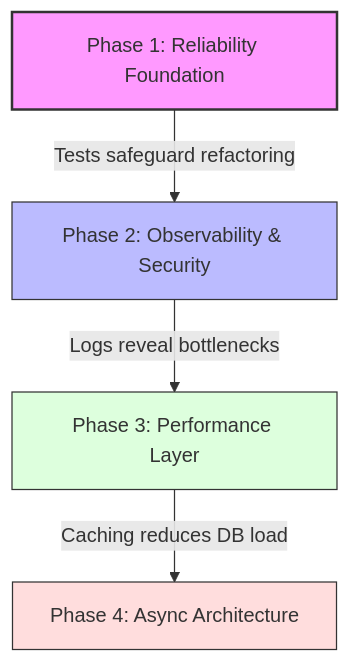
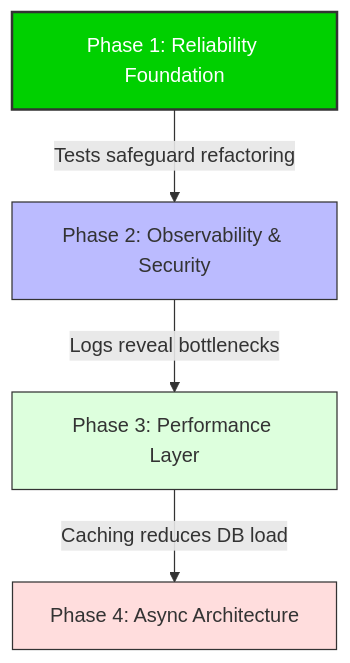
Before and after one commit to AyomideKayode/book_library-API: the diagram in docs/ENGINEERING_ROADMAP.md, drawn with Mermaid. The commit also changed other lines of this file, not shown here.

````diff
--- a/docs/ENGINEERING_ROADMAP.md
+++ b/docs/ENGINEERING_ROADMAP.md
@@ -7,12 +7,12 @@
 ```mermaid
 graph TD
     P1[Phase 1: Reliability Foundation] -->|Tests safeguard refactoring| P2
     P2[Phase 2: Observability & Security] -->|Logs reveal bottlenecks| P3
     P3[Phase 3: Performance Layer] -->|Caching reduces DB load| P4
     P4[Phase 4: Async Architecture]
 
-    style P1 fill:#f9f,stroke:#333,stroke-width:2px
+    style P1 fill:#00d000,stroke:#333,stroke-width:2px,color:white
     style P2 fill:#bbf,stroke:#333,stroke-width:1px
     style P3 fill:#dfd,stroke:#333,stroke-width:1px
     style P4 fill:#fdd,stroke:#333,stroke-width:1px
 ```
````
